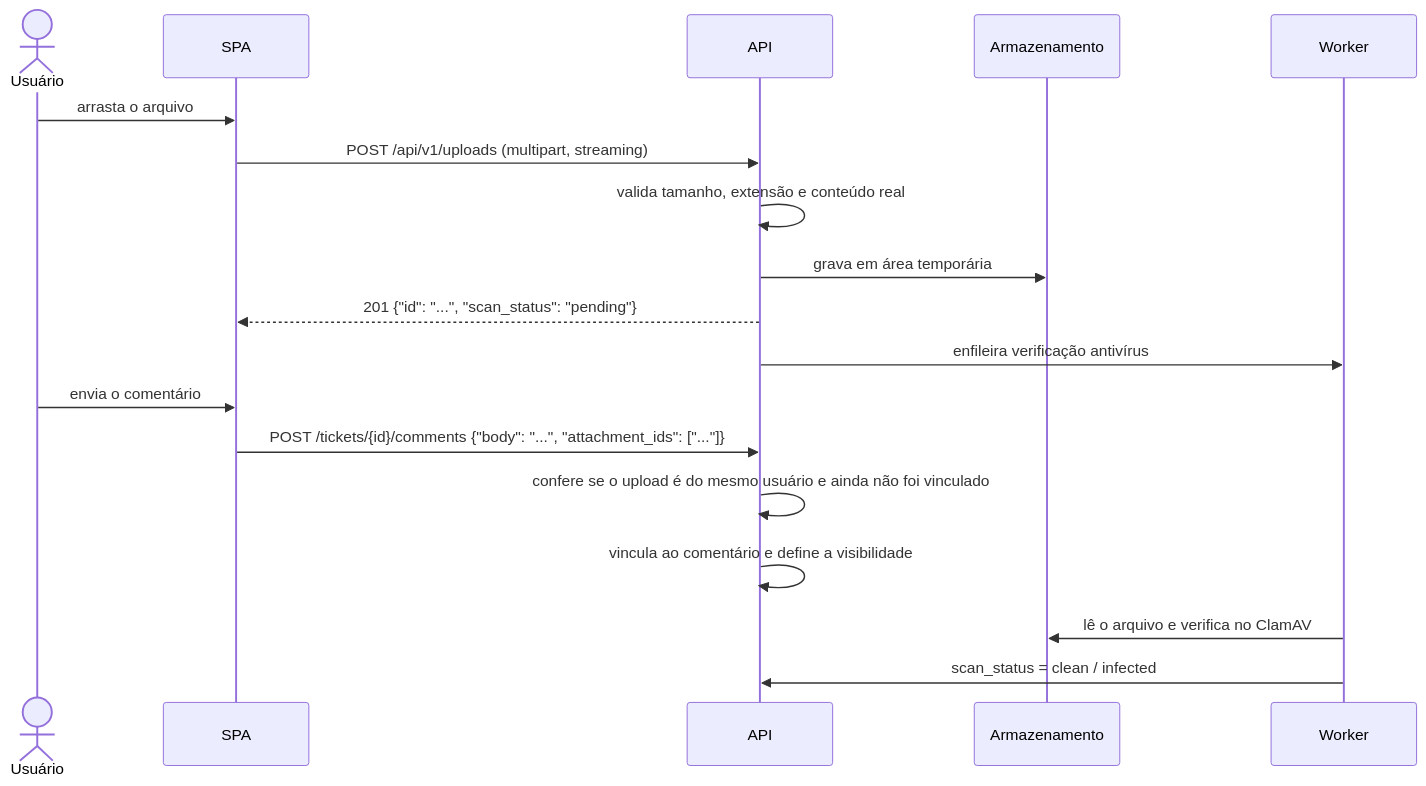
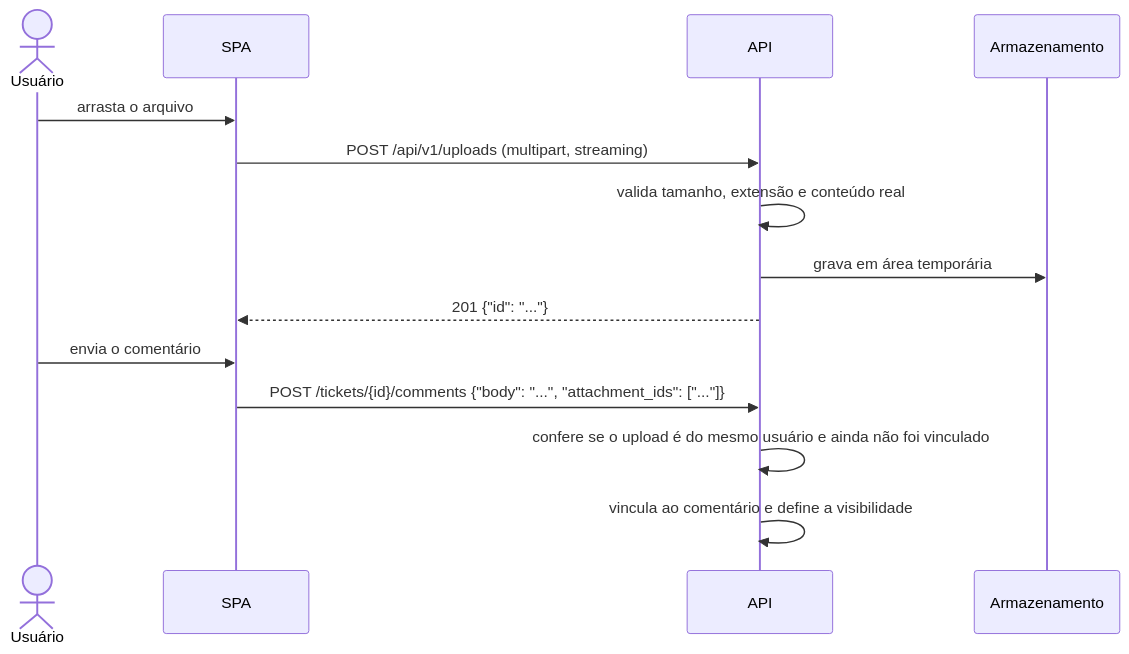
One commit to 0LB-i/ticketflow changed the diagram in docs/11-anexos-e-arquivos.md. Above: the diagram before and after it, drawn with Mermaid. The commit also changed other lines of this file and 21 other files, not shown here.

````diff
--- a/docs/11-anexos-e-arquivos.md
+++ b/docs/11-anexos-e-arquivos.md
@@ -56,20 +56,16 @@
 ```mermaid
 sequenceDiagram
     actor U as Usuário
     participant S as SPA
     participant A as API
     participant ST as Armazenamento
-    participant W as Worker
     U->>S: arrasta o arquivo
     S->>A: POST /api/v1/uploads (multipart, streaming)
     A->>A: valida tamanho, extensão e conteúdo real
     A->>ST: grava em área temporária
-    A-->>S: 201 {"id": "...", "scan_status": "pending"}
-    A->>W: enfileira verificação antivírus
+    A-->>S: 201 {"id": "..."}
     U->>S: envia o comentário
     S->>A: POST /tickets/{id}/comments {"body": "...", "attachment_ids": ["..."]}
     A->>A: confere se o upload é do mesmo usuário e ainda não foi vinculado
     A->>A: vincula ao comentário e define a visibilidade
-    W->>ST: lê o arquivo e verifica no ClamAV
-    W->>A: scan_status = clean / infected
 ```
````
